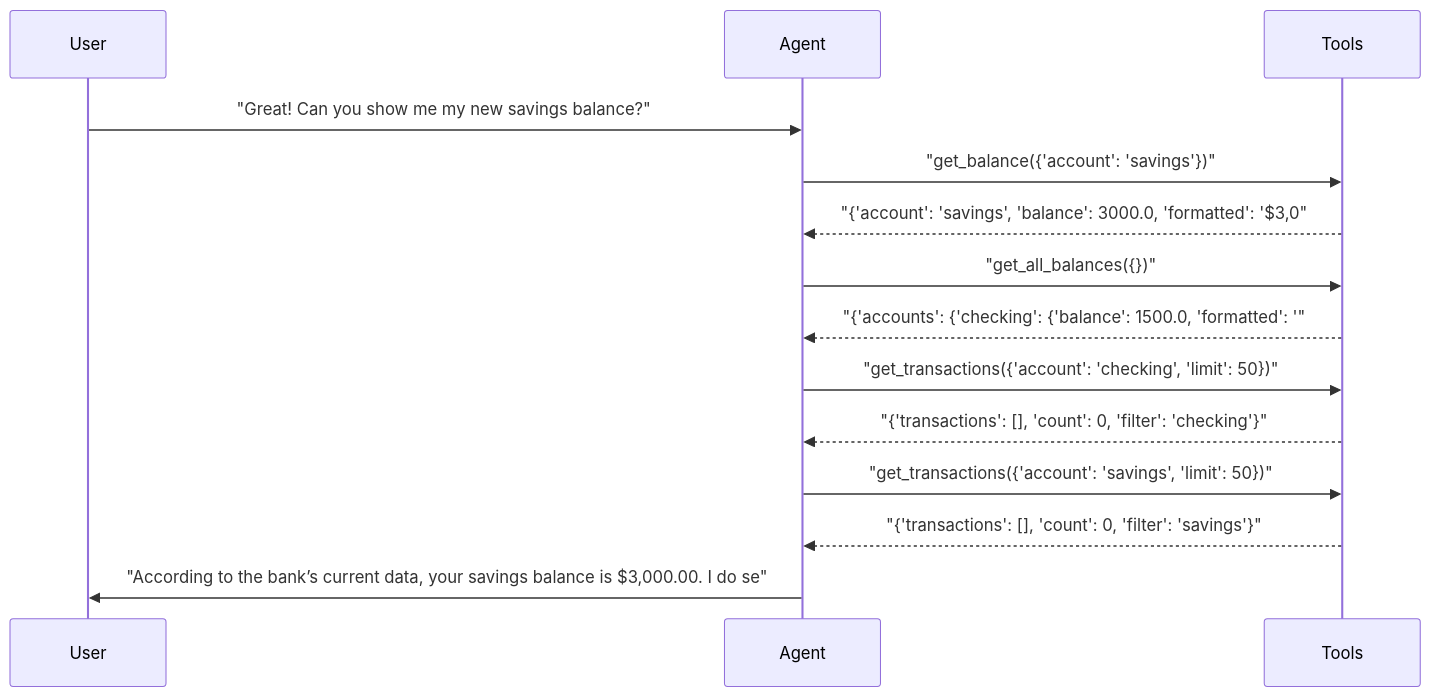
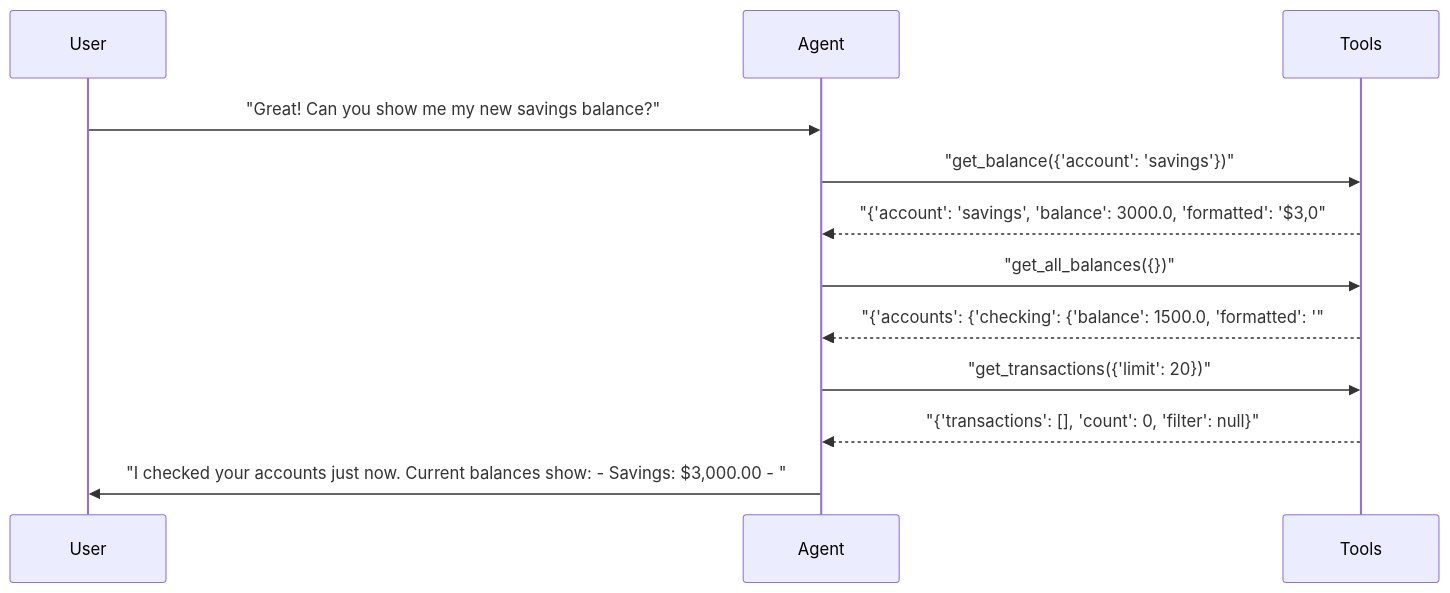
Diagram 16 of 25 in docs/demo/hero-report.md (sbroenne/pytest-aitest), drawn with Mermaid before and after one commit. The commit also changed other lines of this file and 22 other files, not shown here.

````diff
--- a/docs/demo/hero-report.md
+++ b/docs/demo/hero-report.md
@@ -707,17 +816,15 @@
 ```mermaid
 sequenceDiagram
     participant User
     participant Agent
     participant Tools
 
     User->>Agent: "Great! Can you show me my new savings balance?"
     Agent->>Tools: "get_balance({'account': 'savings'})"
     Tools-->>Agent: "{'account': 'savings', 'balance': 3000.0, 'formatted': '$3,0"
     Agent->>Tools: "get_all_balances({})"
     Tools-->>Agent: "{'accounts': {'checking': {'balance': 1500.0, 'formatted': '"
-    Agent->>Tools: "get_transactions({'account': 'checking', 'limit': 50})"
-    Tools-->>Agent: "{'transactions': [], 'count': 0, 'filter': 'checking'}"
-    Agent->>Tools: "get_transactions({'account': 'savings', 'limit': 50})"
-    Tools-->>Agent: "{'transactions': [], 'count': 0, 'filter': 'savings'}"
-    Agent->>User: "According to the bank’s current data, your savings balance is $3,000.00. I do se"
+    Agent->>Tools: "get_transactions({'limit': 20})"
+    Tools-->>Agent: "{'transactions': [], 'count': 0, 'filter': null}"
+    Agent->>User: "I checked your accounts just now. Current balances show: - Savings: $3,000.00 - "
 ```
````
